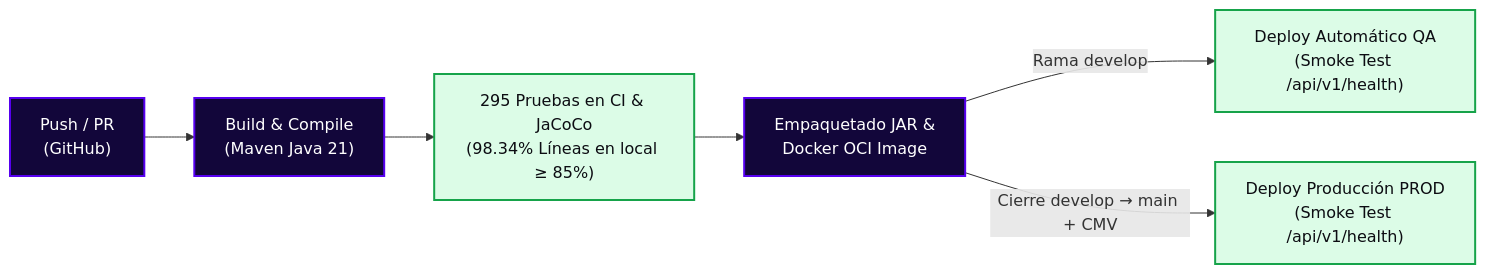
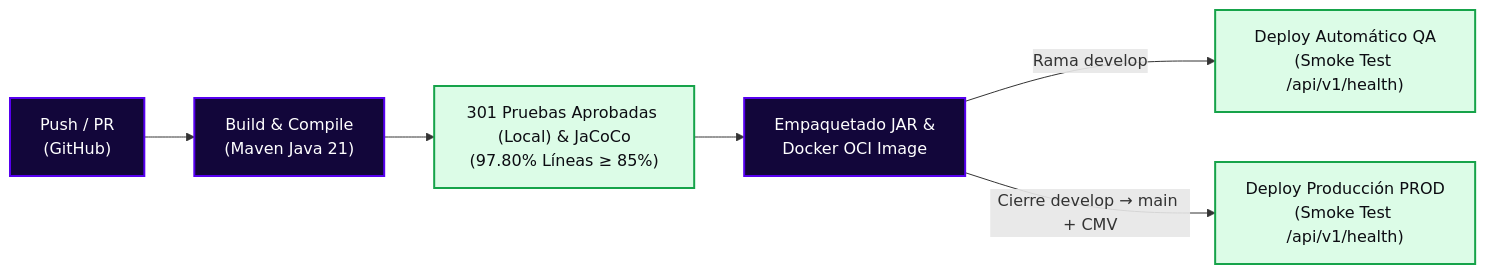
The diagram in docs/readmes/10-cicd-pipeline.md (StyleRadar1/PT8080-Donations-Service), drawn with Mermaid before and after one commit. The commit also changed other lines of this file and 4 other files, not shown here.

````diff
--- a/docs/readmes/10-cicd-pipeline.md
+++ b/docs/readmes/10-cicd-pipeline.md
@@ -18,14 +18,14 @@
 ```mermaid
 flowchart LR
     A["Push / PR<br>(GitHub)"] --> B["Build & Compile<br>(Maven Java 21)"]
-    B --> C["295 Pruebas en CI & JaCoCo<br>(98.34% Líneas en local ≥ 85%)"]
+    B --> C["301 Pruebas Aprobadas (Local) & JaCoCo<br>(97.80% Líneas ≥ 85%)"]
     C --> D["Empaquetado JAR &<br>Docker OCI Image"]
     D -->|Rama develop| E["Deploy Automático QA<br>(Smoke Test /api/v1/health)"]
     D -->|Cierre develop → main + CMV| F["Deploy Producción PROD<br>(Smoke Test /api/v1/health)"]
 
     classDef step fill:#12063A,stroke:#5600EF,stroke-width:2px,color:#FFFFFF;
     classDef pass fill:#DCFCE7,stroke:#16A34A,stroke-width:2px,color:#0C0C12;
 
     class A,B,D step;
     class C,E,F pass;
 ```
````
